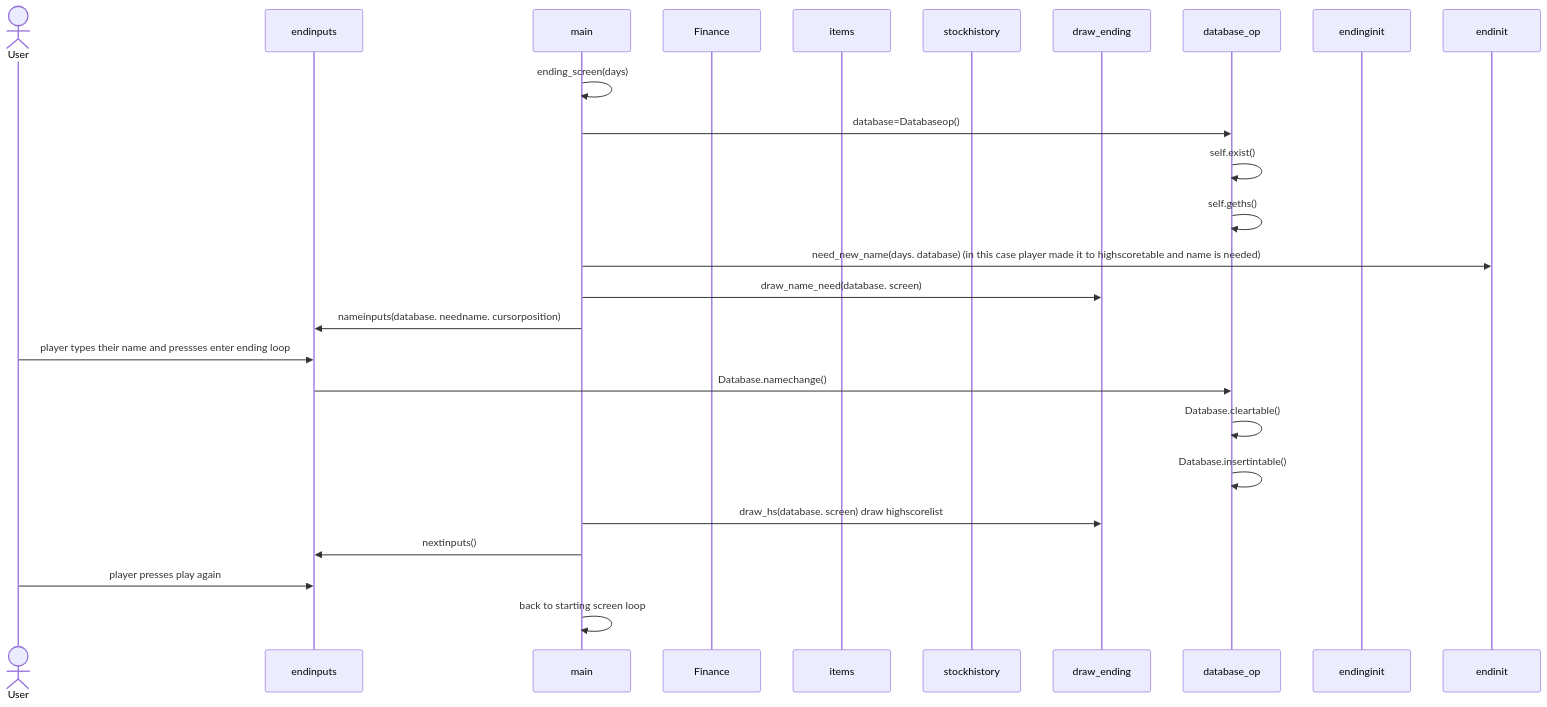
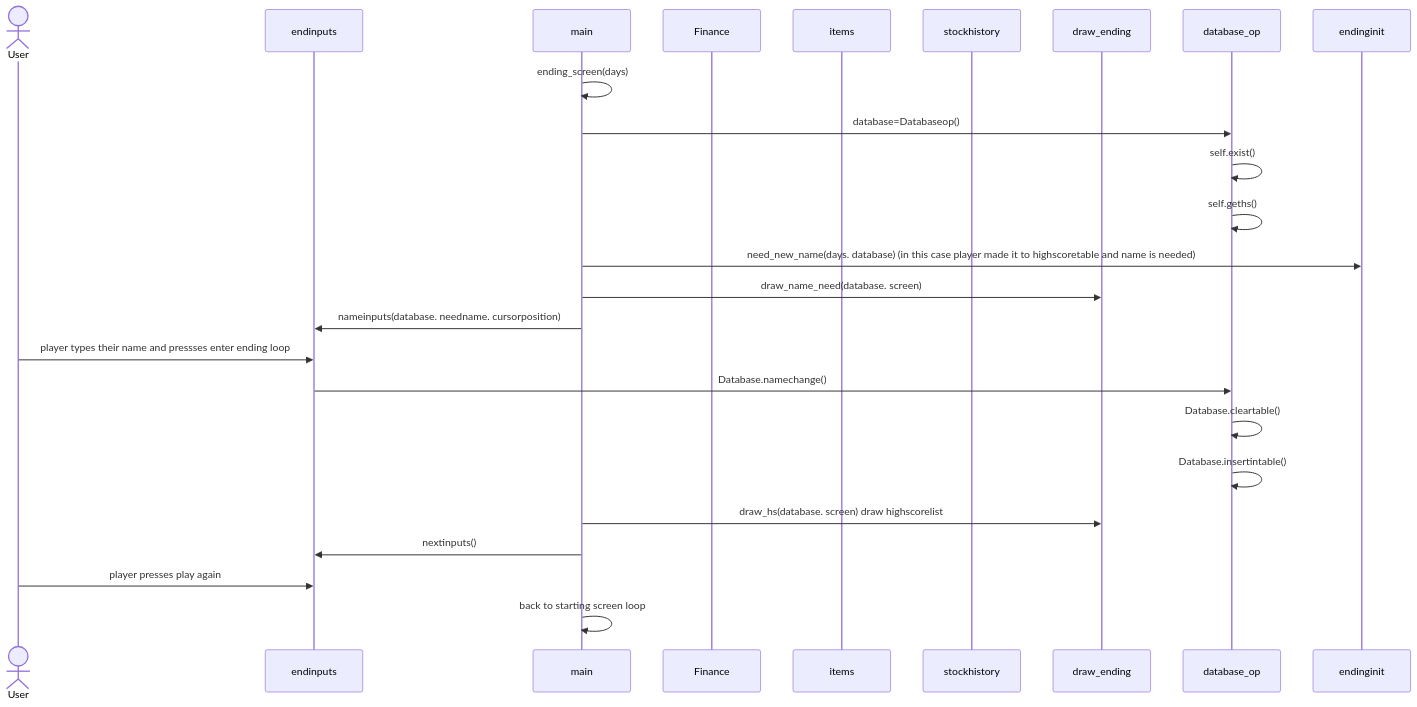
One commit to sepaww/ot-harjoitustyo changed the sixth of 6 diagrams in dokumentaatio/arkkitehtuuri.md. Above: the diagram before and after it, drawn with Mermaid.

````diff
--- a/dokumentaatio/arkkitehtuuri.md
+++ b/dokumentaatio/arkkitehtuuri.md
@@ -274,27 +274,27 @@
   ```mermaid
 sequenceDiagram
   actor User
   participant endinputs
   participant main
   participant Finance
   participant items
   participant stockhistory
   participant draw_ending
   participant database_op
   participant endinginit
   main->>main: ending_screen(days)
   main->>database_op: database=Databaseop()
   database_op->>database_op: self.exist()
   database_op->>database_op: self.geths()
-  main->>endinit: need_new_name(days. database) (in this case player made it to highscoretable and name is needed)
+  main->>endinginit: need_new_name(days. database) (in this case player made it to highscoretable and name is needed)
   main->>draw_ending: draw_name_need(database. screen)
   main->>endinputs: nameinputs(database. needname. cursorposition)
   User->>endinputs: player types their name and pressses enter ending loop
   endinputs->>database_op: Database.namechange()
   database_op->>database_op: Database.cleartable()
   database_op->>database_op: Database.insertintable()
   main->>draw_ending: draw_hs(database. screen) draw highscorelist
   main->>endinputs: nextinputs()
   User->>endinputs: player presses play again
   main->>main: back to starting screen loop
 ```
````
